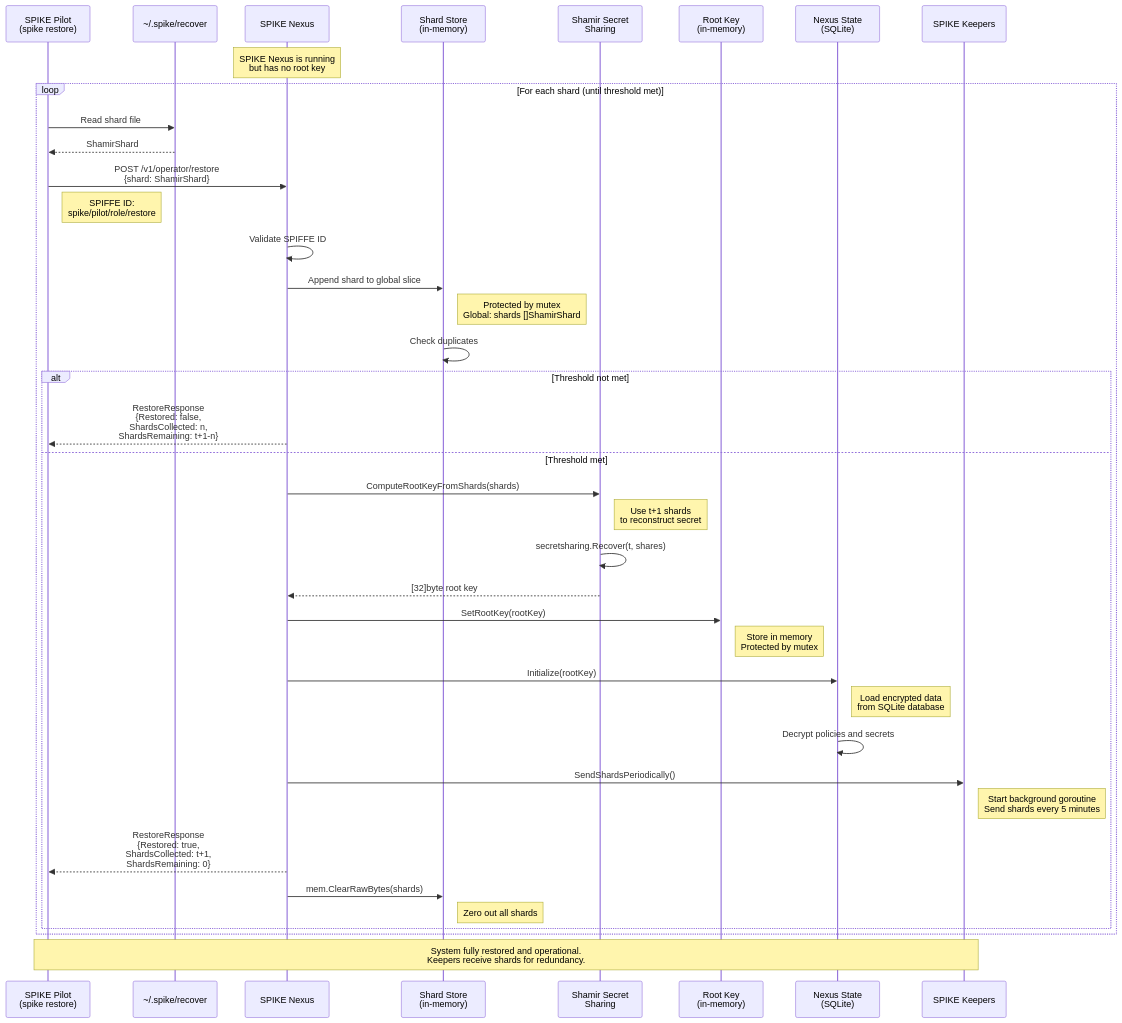
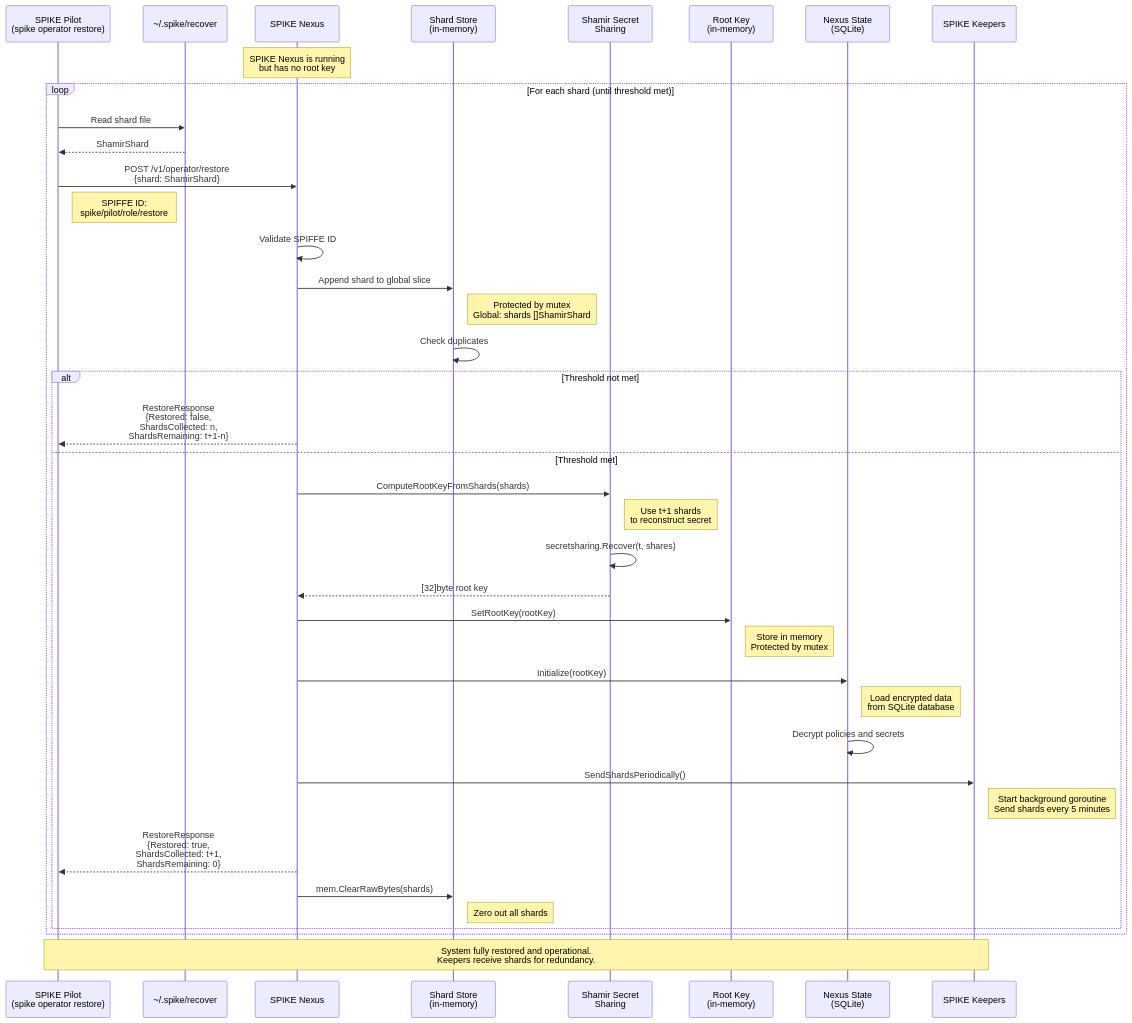
The diagram in diagrams/002-spike-nexus-restore-root-key.md (spiffe/spike), drawn with Mermaid before and after one commit. The commit also changed other lines of this file and 161 other files, not shown here.

````diff
--- a/diagrams/002-spike-nexus-restore-root-key.md
+++ b/diagrams/002-spike-nexus-restore-root-key.md
@@ -18,56 +18,56 @@
 ```mermaid
 sequenceDiagram
-    participant Operator as SPIKE Pilot<br/>(spike restore)
+    participant Operator as SPIKE Pilot<br/>(spike operator restore)
     participant Disk as ~/.spike/recover
     participant Nexus as SPIKE Nexus
     participant ShardStore as Shard Store<br/>(in-memory)
     participant Shamir as Shamir Secret<br/>Sharing
     participant RootKey as Root Key<br/>(in-memory)
     participant State as Nexus State<br/>(SQLite)
     participant Keepers as SPIKE Keepers
 
     Note over Nexus: SPIKE Nexus is running<br/>but has no root key
 
     loop For each shard (until threshold met)
         Operator->>Disk: Read shard file
         Disk-->>Operator: ShamirShard
 
         Operator->>Nexus: POST /v1/operator/restore<br/>{shard: ShamirShard}
         Note right of Operator: SPIFFE ID:<br/>spike/pilot/role/restore
 
         Nexus->>Nexus: Validate SPIFFE ID
 
         Nexus->>ShardStore: Append shard to global slice
         Note right of ShardStore: Protected by mutex<br/>Global: shards []ShamirShard
 
         ShardStore->>ShardStore: Check duplicates
 
         alt Threshold not met
             Nexus-->>Operator: RestoreResponse<br/>{Restored: false,<br/>ShardsCollected: n,<br/>ShardsRemaining: t+1-n}
         else Threshold met
             Nexus->>Shamir: ComputeRootKeyFromShards(shards)
             Note right of Shamir: Use t+1 shards<br/>to reconstruct secret
 
             Shamir->>Shamir: secretsharing.Recover(t, shares)
             Shamir-->>Nexus: [32]byte root key
 
             Nexus->>RootKey: SetRootKey(rootKey)
             Note right of RootKey: Store in memory<br/>Protected by mutex
 
             Nexus->>State: Initialize(rootKey)
             Note right of State: Load encrypted data<br/>from SQLite database
 
             State->>State: Decrypt policies and secrets
 
             Nexus->>Keepers: SendShardsPeriodically()
             Note right of Keepers: Start background goroutine<br/>Send shards every 5 minutes
 
             Nexus-->>Operator: RestoreResponse<br/>{Restored: true,<br/>ShardsCollected: t+1,<br/>ShardsRemaining: 0}
 
             Nexus->>ShardStore: mem.ClearRawBytes(shards)
             Note right of ShardStore: Zero out all shards
         end
     end
 
     Note over Operator,Keepers: System fully restored and operational.<br/>Keepers receive shards for redundancy.
 ```
````
